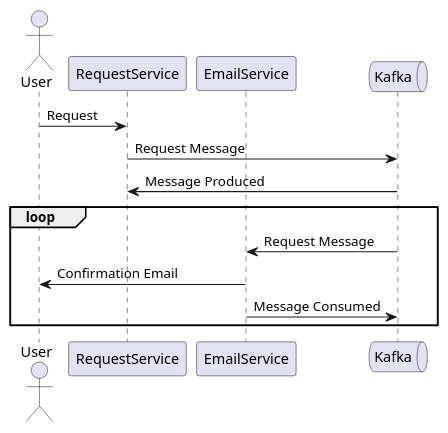
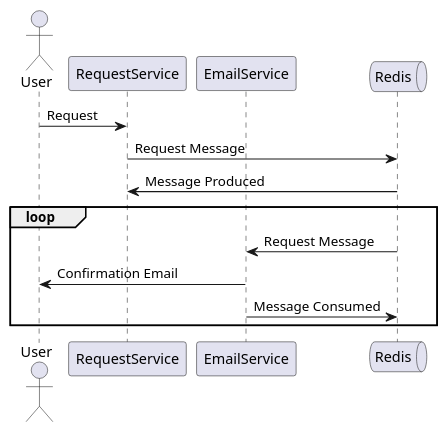
The diagram in 03-Redis Streaming/Streaming_Sequence.puml (bsstahl/AvoidingDualWrites), drawn with PlantUML before and after one commit. The commit also changed 1 other file, not shown here.

Commit message:
Fix sequence diagram and remove commented-out code.

```diff
--- a/03-Redis Streaming/Streaming_Sequence.puml
+++ b/03-Redis Streaming/Streaming_Sequence.puml
@@ -1,18 +1,18 @@
 @startuml
 
 actor User
 participant RequestService
 participant EmailService
-queue Kafka
+queue Redis
 
 User -> RequestService: Request
-RequestService -> Kafka: Request Message
-Kafka -> RequestService: Message Produced
+RequestService -> Redis: Request Message
+Redis -> RequestService: Message Produced
 
 loop
-Kafka -> EmailService: Request Message
+Redis -> EmailService: Request Message
 EmailService -> User: Confirmation Email
-EmailService -> Kafka: Message Consumed
+EmailService -> Redis: Message Consumed
 end
 
 @enduml
```
